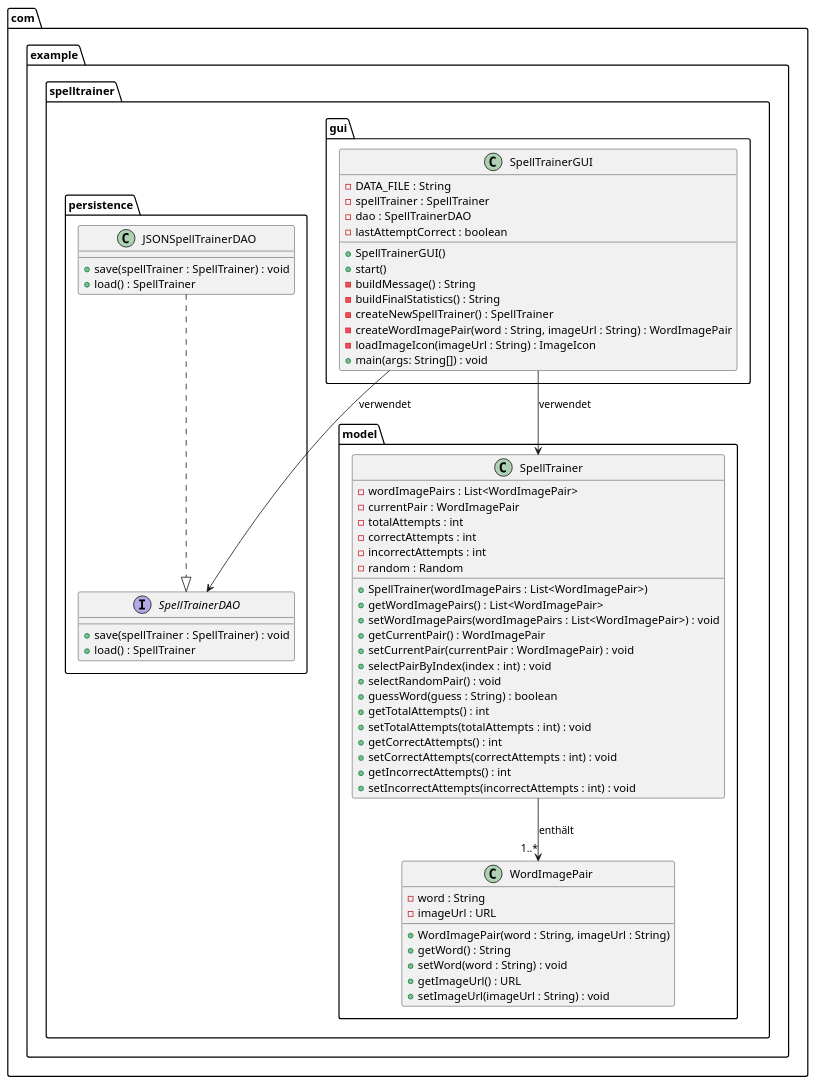
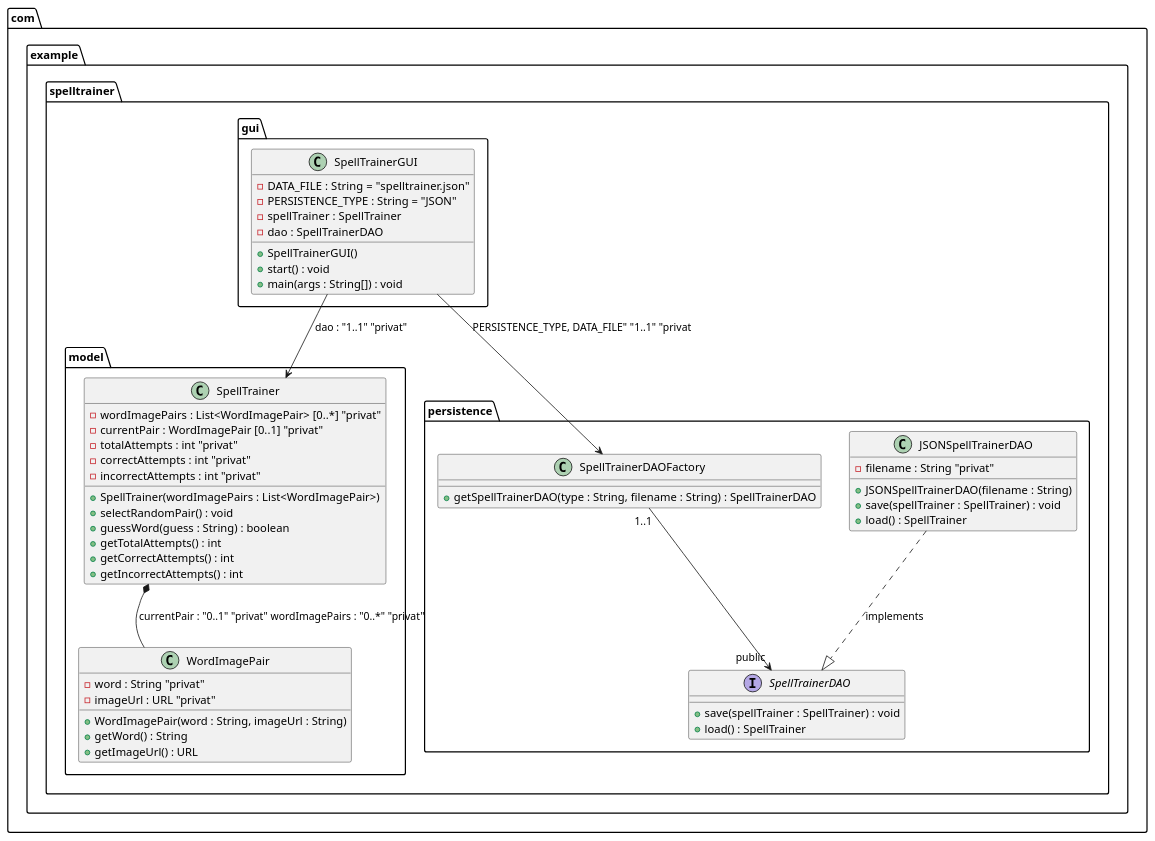
The diagram in Djordjevic_5CHIT_UML.puml (TGM-HIT/sew9-2425-worttrainer-mdjordjevic-999), drawn with PlantUML before and after one commit.

Commit message:
Fertiges UML für 2. Abgabe.

```diff
--- a/Djordjevic_5CHIT_UML.puml
+++ b/Djordjevic_5CHIT_UML.puml
@@ -1,76 +1,75 @@
 @startuml
+' Paketstruktur
 
-' Definiere die Pakete
-package com.example.spelltrainer.gui {
+package "com.example.spelltrainer.gui" {
     class SpellTrainerGUI {
-        - DATA_FILE : String
+        - DATA_FILE : String = "spelltrainer.json"
+        - PERSISTENCE_TYPE : String = "JSON"
         - spellTrainer : SpellTrainer
         - dao : SpellTrainerDAO
-        - lastAttemptCorrect : boolean
         + SpellTrainerGUI()
-        + start()
-        - buildMessage() : String
-        - buildFinalStatistics() : String
-        - createNewSpellTrainer() : SpellTrainer
-        - createWordImagePair(word : String, imageUrl : String) : WordImagePair
-        - loadImageIcon(imageUrl : String) : ImageIcon
-        + main(args: String[]) : void
+        + start() : void
+        + main(args : String[]) : void
     }
 }
 
-package com.example.spelltrainer.model {
+package "com.example.spelltrainer.model" {
     class SpellTrainer {
-        - wordImagePairs : List<WordImagePair>
-        - currentPair : WordImagePair
-        - totalAttempts : int
-        - correctAttempts : int
-        - incorrectAttempts : int
-        - random : Random
+        - wordImagePairs : List<WordImagePair> [0..*] "privat"
+        - currentPair : WordImagePair [0..1] "privat"
+        - totalAttempts : int "privat"
+        - correctAttempts : int "privat"
+        - incorrectAttempts : int "privat"
         + SpellTrainer(wordImagePairs : List<WordImagePair>)
-        + getWordImagePairs() : List<WordImagePair>
-        + setWordImagePairs(wordImagePairs : List<WordImagePair>) : void
-        + getCurrentPair() : WordImagePair
-        + setCurrentPair(currentPair : WordImagePair) : void
-        + selectPairByIndex(index : int) : void
         + selectRandomPair() : void
         + guessWord(guess : String) : boolean
         + getTotalAttempts() : int
-        + setTotalAttempts(totalAttempts : int) : void
         + getCorrectAttempts() : int
-        + setCorrectAttempts(correctAttempts : int) : void
         + getIncorrectAttempts() : int
-        + setIncorrectAttempts(incorrectAttempts : int) : void
     }
 
     class WordImagePair {
-        - word : String
-        - imageUrl : URL
+        - word : String "privat"
+        - imageUrl : URL "privat"
         + WordImagePair(word : String, imageUrl : String)
         + getWord() : String
-        + setWord(word : String) : void
         + getImageUrl() : URL
-        + setImageUrl(imageUrl : String) : void
     }
 }
 
-package com.example.spelltrainer.persistence {
+package "com.example.spelltrainer.persistence" {
     interface SpellTrainerDAO {
         + save(spellTrainer : SpellTrainer) : void
         + load() : SpellTrainer
     }
 
     class JSONSpellTrainerDAO {
+        - filename : String "privat"
+        + JSONSpellTrainerDAO(filename : String)
         + save(spellTrainer : SpellTrainer) : void
         + load() : SpellTrainer
     }
 
-    ' Beziehung: JSONSpellTrainerDAO implementiert SpellTrainerDAO
-    JSONSpellTrainerDAO ..|> SpellTrainerDAO
+    class SpellTrainerDAOFactory {
+        + getSpellTrainerDAO(type : String, filename : String) : SpellTrainerDAO
+    }
 }
 
-' Beziehungen zwischen den Klassen
-SpellTrainerGUI --> SpellTrainer : verwendet
-SpellTrainerGUI --> SpellTrainerDAO : verwendet
-SpellTrainer --> "1..*" WordImagePair : enthält
+' Beziehungen
+
+' Instanzpfeil: SpellTrainerGUI enthält eine Instanz von SpellTrainer
+SpellTrainerGUI --> SpellTrainer : dao : "1..1" "privat"
+
+' Instanzpfeil: SpellTrainerGUI nutzt SpellTrainerDAOFactory, um DAO zu erstellen
+SpellTrainerGUI --> SpellTrainerDAOFactory : "PERSISTENCE_TYPE, DATA_FILE" "1..1" "privat"
+
+' Implementierungspfeil: JSONSpellTrainerDAO implementiert SpellTrainerDAO
+JSONSpellTrainerDAO ..|> SpellTrainerDAO : implements
+
+' Instanzpfeil: SpellTrainerDAOFactory erstellt SpellTrainerDAO
+SpellTrainerDAOFactory --> SpellTrainerDAO : "1..1" "public"
+
+' Assoziationspfeil (Komposition): SpellTrainer enthält 1 oder kein aktuelles WordImagePair
+SpellTrainer *-- WordImagePair : currentPair : "0..1" "privat" wordImagePairs : "0..*" "privat"
 
 @enduml
```
